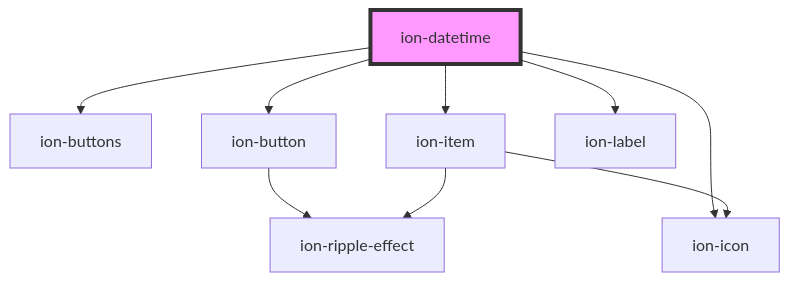
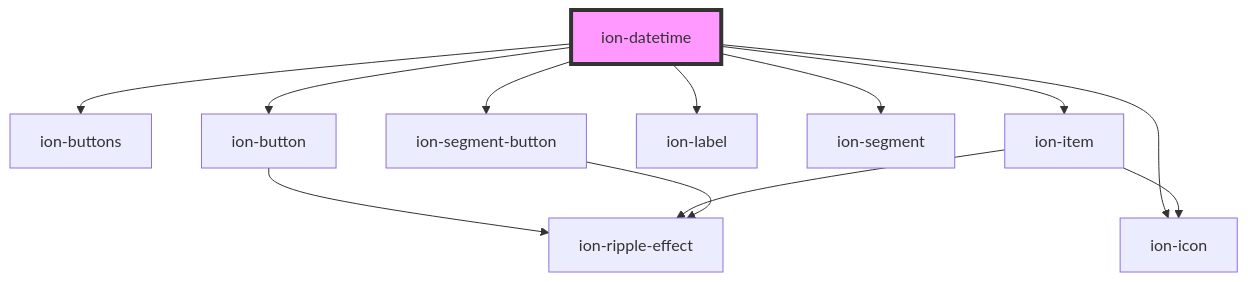
The diagram in core/src/components/datetime/readme.md (ionic-team/ionic-framework), drawn with Mermaid before and after one commit. The commit also changed other lines of this file and 3 other files, not shown here.

````diff
--- a/core/src/components/datetime/readme.md
+++ b/core/src/components/datetime/readme.md
@@ -116,12 +118,15 @@
 ```mermaid
 graph TD;
   ion-datetime --> ion-buttons
   ion-datetime --> ion-button
-  ion-datetime --> ion-icon
   ion-datetime --> ion-item
   ion-datetime --> ion-label
+  ion-datetime --> ion-icon
+  ion-datetime --> ion-segment
+  ion-datetime --> ion-segment-button
   ion-button --> ion-ripple-effect
   ion-item --> ion-icon
   ion-item --> ion-ripple-effect
+  ion-segment-button --> ion-ripple-effect
   style ion-datetime fill:#f9f,stroke:#333,stroke-width:4px
 ```
````
